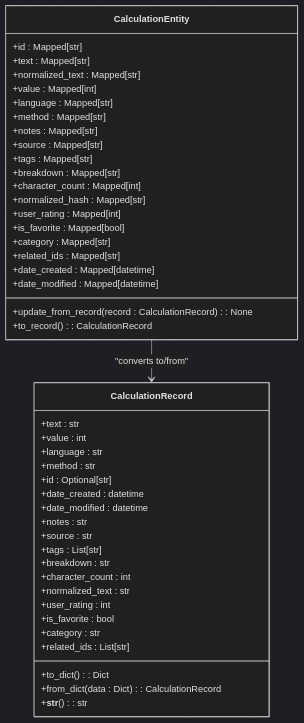
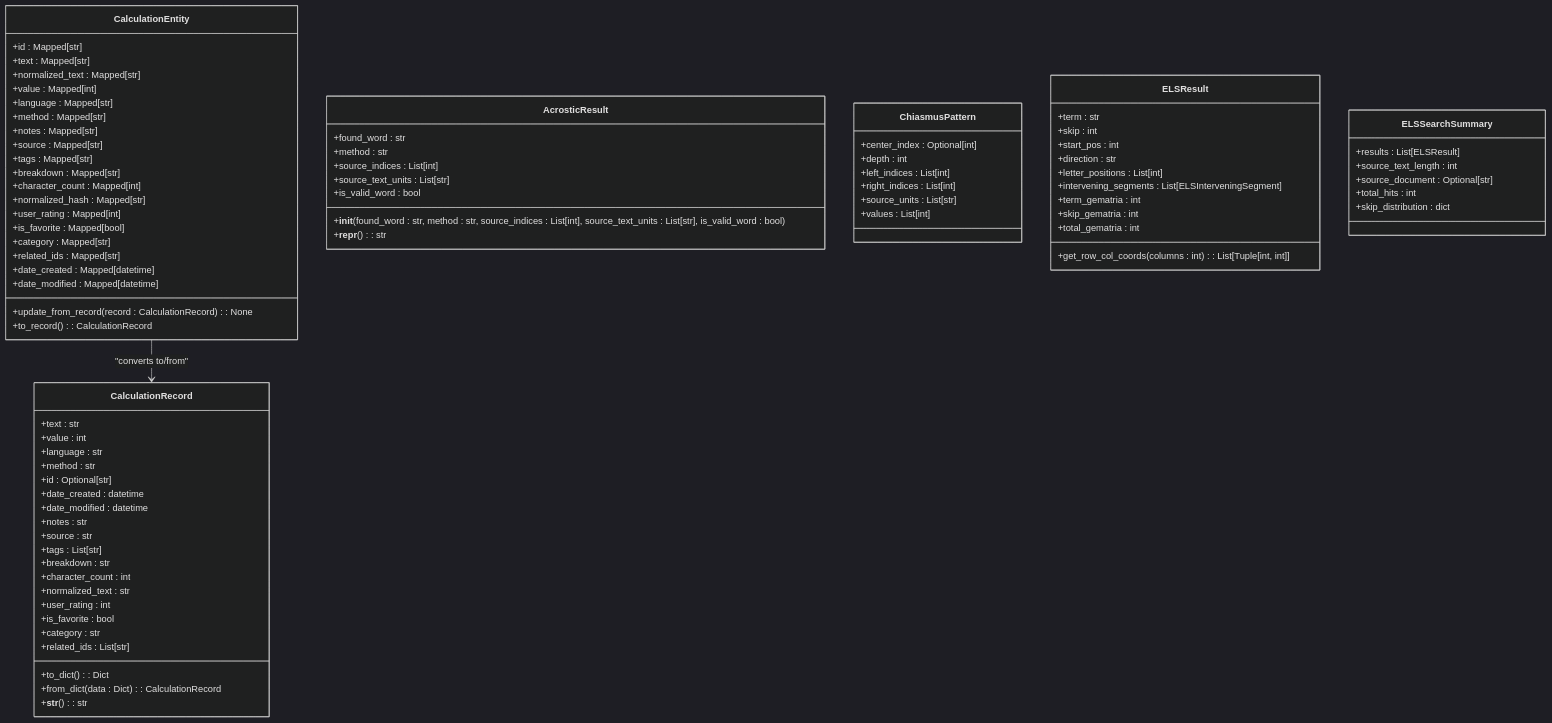
The fourth of 8 diagrams in .qoder/repowiki/en/content/Architecture Overview/Pillar-Based Architecture/Gematria Pillar/Gematria Pillar.md (TheDaniel166/IsopGem), drawn with Mermaid (dark theme) before and after one commit. The commit also changed other lines of this file and 29 other files, not shown here.

````diff
--- a/.qoder/repowiki/en/content/Architecture Overview/Pillar-Based Architecture/Gematria Pillar/Gematria Pillar.md
+++ b/.qoder/repowiki/en/content/Architecture Overview/Pillar-Based Architecture/Gematria Pillar/Gematria Pillar.md
@@ -243,5 +322,41 @@
 +update_from_record(record : CalculationRecord) : None
 +to_record() : CalculationRecord
 }
+class AcrosticResult {
++found_word : str
++method : str
++source_indices : List[int]
++source_text_units : List[str]
++is_valid_word : bool
++__init__(found_word : str, method : str, source_indices : List[int], source_text_units : List[str], is_valid_word : bool)
++__repr__() : str
+}
+class ChiasmusPattern {
++center_index : Optional[int]
++depth : int
++left_indices : List[int]
++right_indices : List[int]
++source_units : List[str]
++values : List[int]
+}
+class ELSResult {
++term : str
++skip : int
++start_pos : int
++direction : str
++letter_positions : List[int]
++intervening_segments : List[ELSInterveningSegment]
++term_gematria : int
++skip_gematria : int
++total_gematria : int
++get_row_col_coords(columns : int) : List[Tuple[int, int]]
+}
+class ELSSearchSummary {
++results : List[ELSResult]
++source_text_length : int
++source_document : Optional[str]
++total_hits : int
++skip_distribution : dict
+}
 CalculationEntity --> CalculationRecord : "converts to/from"
 ```
````
